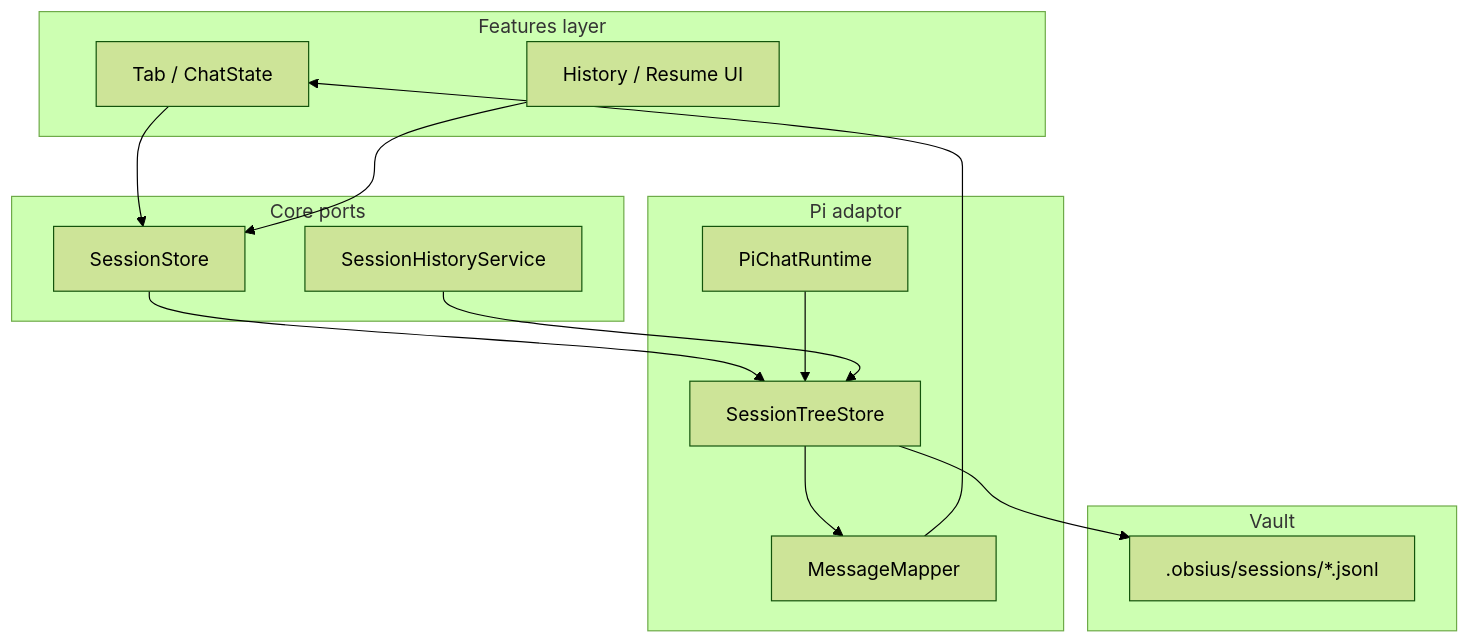
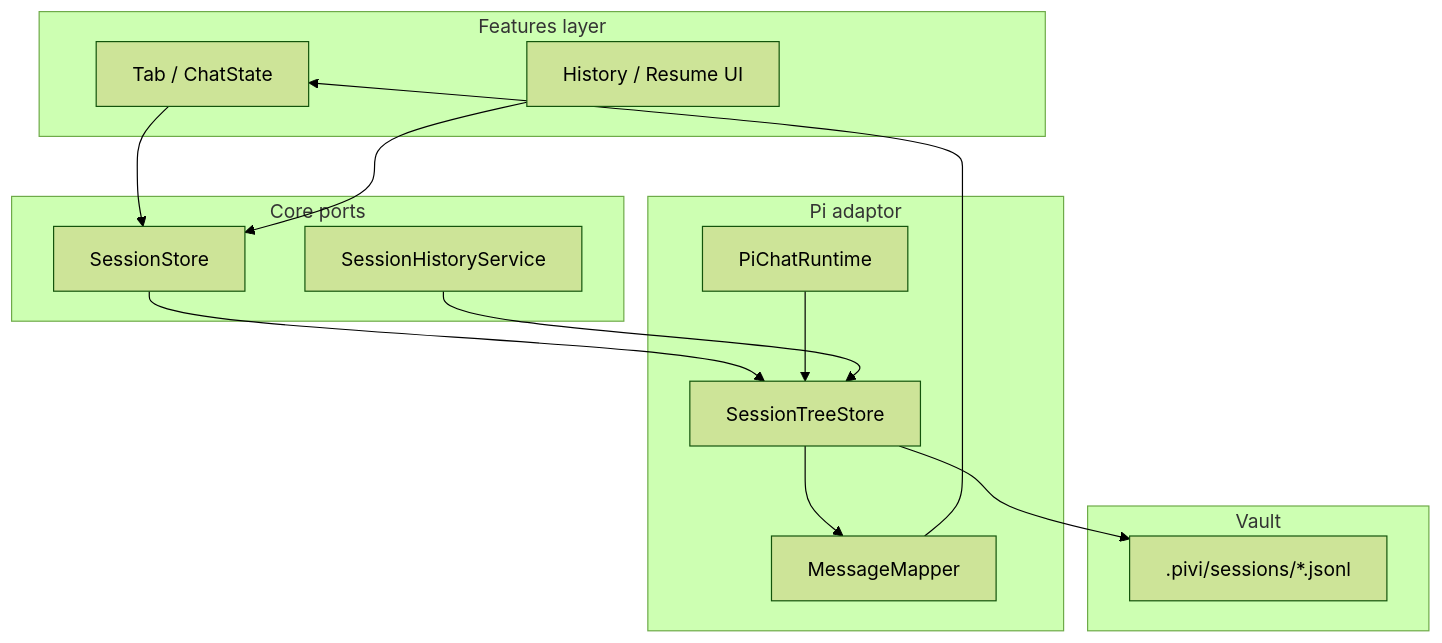
Before and after one commit to shuuul/obsidian-pivi: the diagram in docs/specs/session-tree-spec.md, drawn with Mermaid (forest theme). The commit also changed other lines of this file and 283 other files, not shown here.

First line of the commit message:
feat(plugin)!: rename Obsius to Pivi

````diff
--- a/docs/specs/session-tree-spec.md
+++ b/docs/specs/session-tree-spec.md
@@ -135,28 +135,28 @@
 ```mermaid
 flowchart TB
   subgraph ui [Features layer]
     Tab[Tab / ChatState]
     Hist[History / Resume UI]
   end
   subgraph core [Core ports]
     SS[SessionStore]
     CH[SessionHistoryService]
   end
   subgraph pi [Pi adaptor]
     Bridge[SessionTreeStore]
     Map[MessageMapper]
     Runtime[PiChatRuntime]
   end
   subgraph disk [Vault]
-    JSONL[".obsius/sessions/*.jsonl"]
+    JSONL[".pivi/sessions/*.jsonl"]
   end
 
   Tab --> SS
   Hist --> SS
   SS --> Bridge
   Bridge --> JSONL
   Bridge --> Map
   Map --> Tab
   Runtime --> Bridge
   CH --> Bridge
 ```
````
